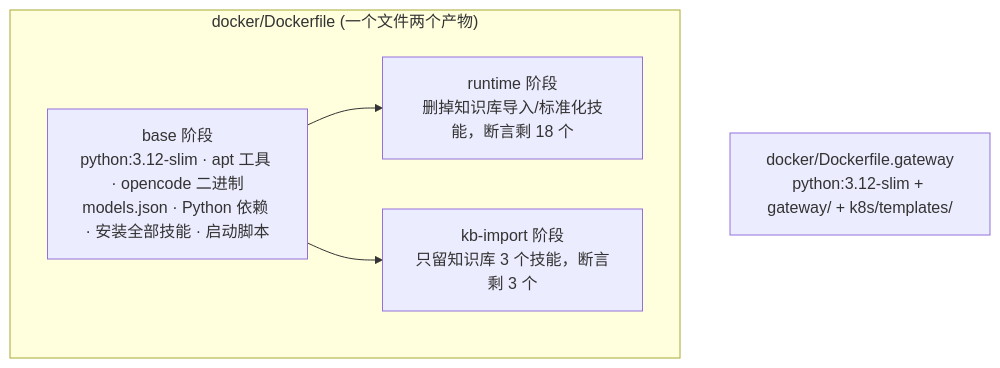
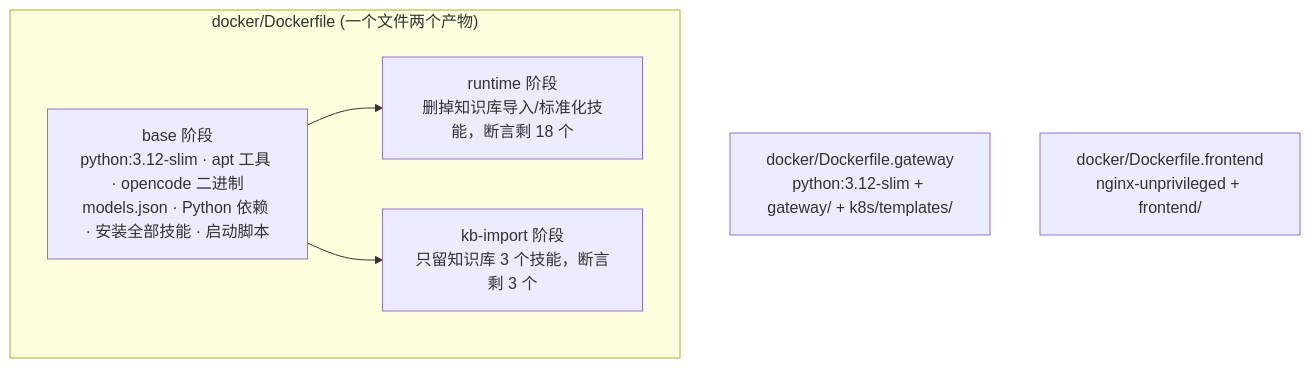
Before and after one commit to sqlrush/gh_gs_k8s_agent: the third of 4 diagrams in docs/从源码构建到K8s运行-完整手册.md, drawn with Mermaid. The commit also changed other lines of this file and 488 other files, not shown here.

````diff
--- a/docs/从源码构建到K8s运行-完整手册.md
+++ b/docs/从源码构建到K8s运行-完整手册.md
@@ -67,9 +66,10 @@
 ```mermaid
 flowchart TB
     subgraph DF["docker/Dockerfile (一个文件两个产物)"]
         BASE["base 阶段<br/>python:3.12-slim · apt 工具 · opencode 二进制<br/>models.json · Python 依赖 · 安装全部技能 · 启动脚本"]
         BASE --> R["runtime 阶段<br/>删掉知识库导入/标准化技能，断言剩 18 个"]
         BASE --> K["kb-import 阶段<br/>只留知识库 3 个技能，断言剩 3 个"]
     end
     G["docker/Dockerfile.gateway<br/>python:3.12-slim + gateway/ + k8s/templates/"]
+    F["docker/Dockerfile.frontend<br/>nginx-unprivileged + frontend/"]
 ```
````
